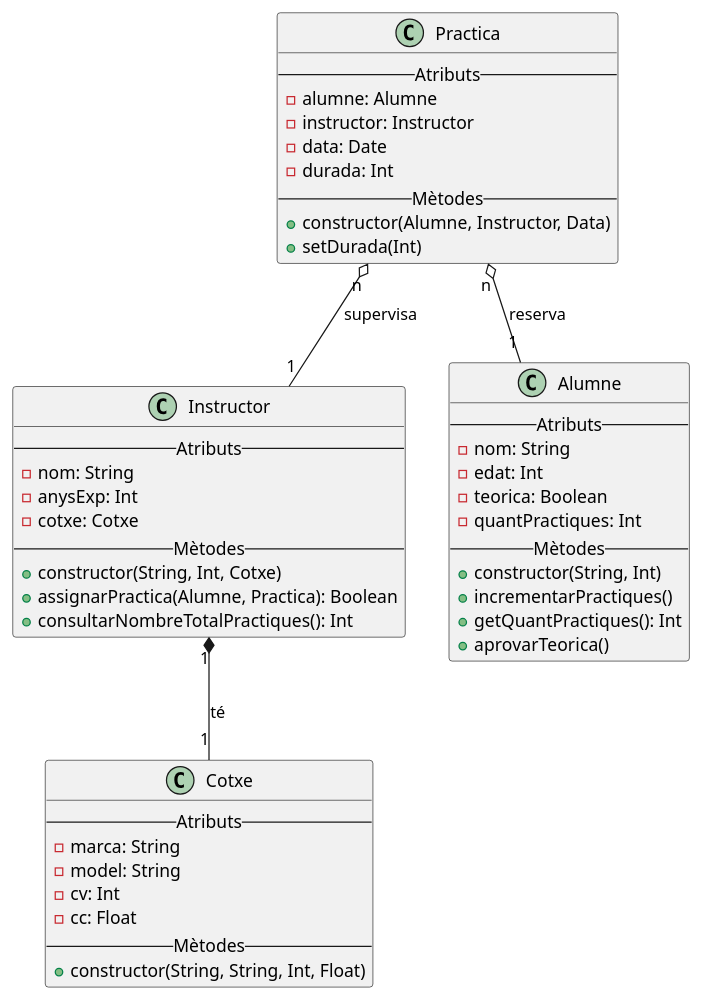
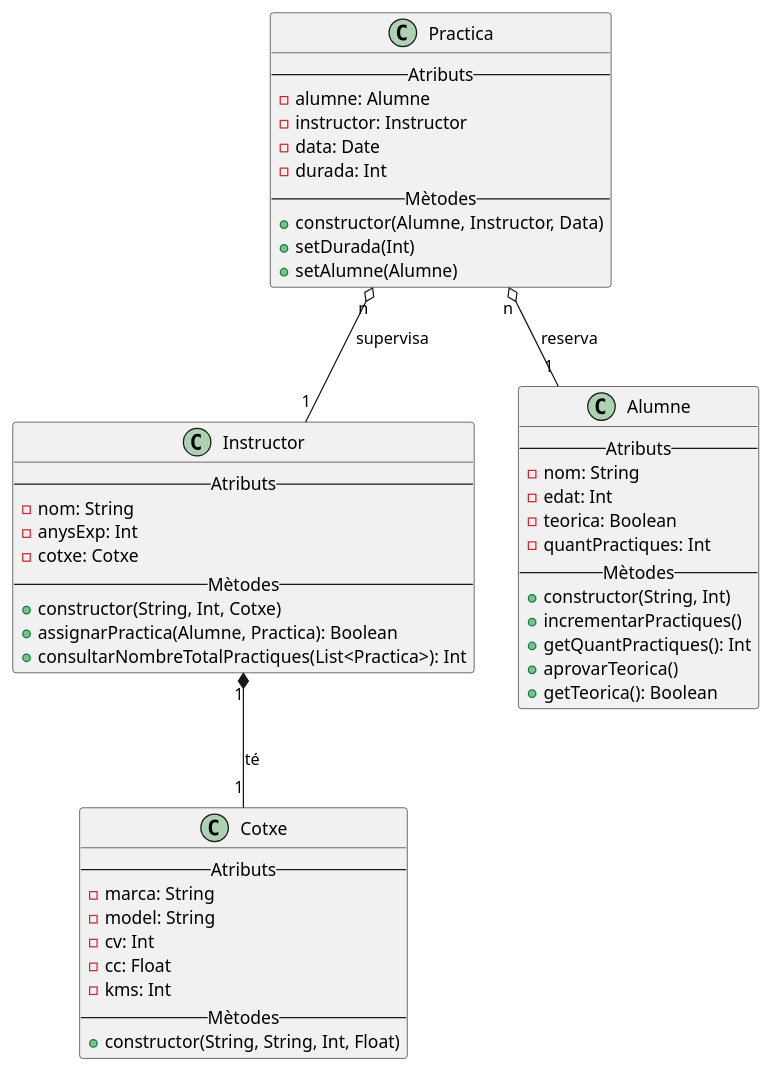
Before and after one commit to ITEC-BCN/kotlin-POO-AutoescolaPaco: the diagram in src/main/kotlin/uml/DiagramaClasses.puml, drawn with PlantUML. The commit also changed 6 other files, not shown here.

```diff
--- a/src/main/kotlin/uml/DiagramaClasses.puml
+++ b/src/main/kotlin/uml/DiagramaClasses.puml
@@ -1,53 +1,56 @@
 @startuml
 'https://plantuml.com/class-diagram
 
 class Instructor {
     -- Atributs --
     - nom: String
     - anysExp: Int
     - cotxe: Cotxe
     -- Mètodes --
     + constructor(String, Int, Cotxe)
     + assignarPractica(Alumne, Practica): Boolean
-    + consultarNombreTotalPractiques(): Int
+    + consultarNombreTotalPractiques(List<Practica>): Int
 }
 
 class Alumne {
     -- Atributs --
     - nom: String
     - edat: Int
     - teorica: Boolean
     - quantPractiques: Int
     -- Mètodes --
     + constructor(String, Int)
     + incrementarPractiques()
     + getQuantPractiques(): Int
     + aprovarTeorica()
+    + getTeorica(): Boolean
 }
 
 class Practica{
     -- Atributs --
     - alumne: Alumne
     - instructor: Instructor
     - data: Date
     - durada: Int
     -- Mètodes --
     + constructor(Alumne, Instructor, Data)
     + setDurada(Int)
+    + setAlumne(Alumne)
 }
 
 class Cotxe{
     -- Atributs --
     - marca: String
     - model: String
     - cv: Int
     - cc: Float
+    - kms: Int
     -- Mètodes --
     + constructor(String, String, Int, Float)
 }
 
 Practica "n" o-- "1" Instructor: supervisa
 Practica "n" o-- "1" Alumne: reserva
 Instructor "1" *-- "1" Cotxe: té
 
 @enduml
```
